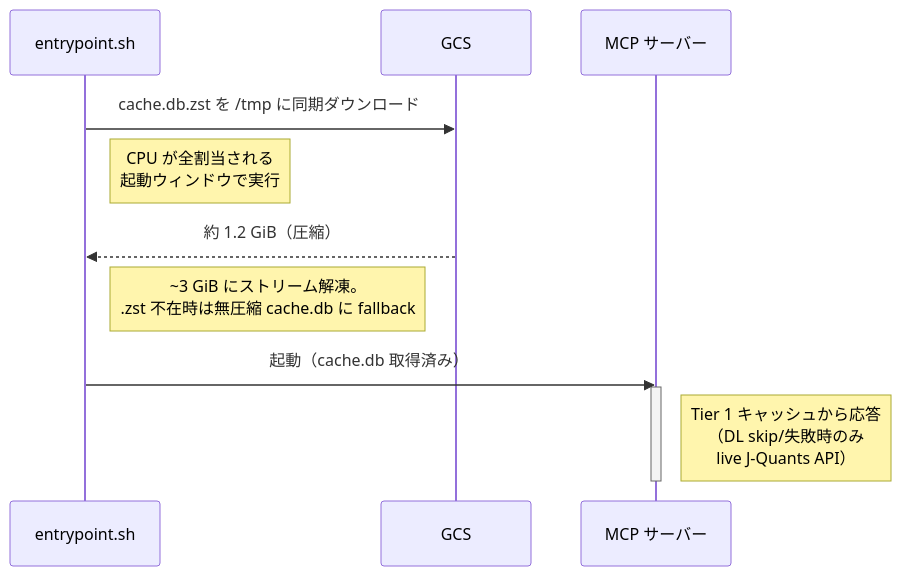
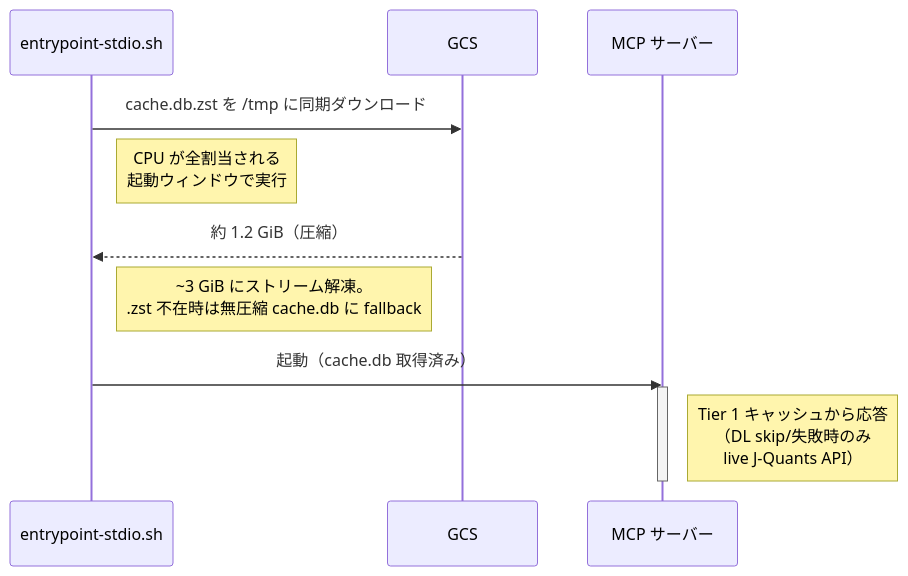
One commit to shigechika/jquants-mcp changed the second of 2 diagrams in README.ja.md. Above: the diagram before and after it, drawn with Mermaid. The commit also changed other lines of this file and 14 other files, not shown here.

````diff
--- a/README.ja.md
+++ b/README.ja.md
@@ -915,15 +630,15 @@
 ```mermaid
 sequenceDiagram
-    participant E as entrypoint.sh
+    participant E as entrypoint-stdio.sh
     participant G as GCS
     participant M as MCP サーバー
 
     E->>G: cache.db.zst を /tmp に同期ダウンロード
     Note right of E: CPU が全割当される<br/>起動ウィンドウで実行
     G-->>E: 約 1.2 GiB（圧縮）
     Note right of E: ~3 GiB にストリーム解凍。<br/>.zst 不在時は無圧縮 cache.db に fallback
     E->>M: 起動（cache.db 取得済み）
     activate M
     Note right of M: Tier 1 キャッシュから応答<br/>（DL skip/失敗時のみ<br/>live J-Quants API）
     deactivate M
 ```
````
